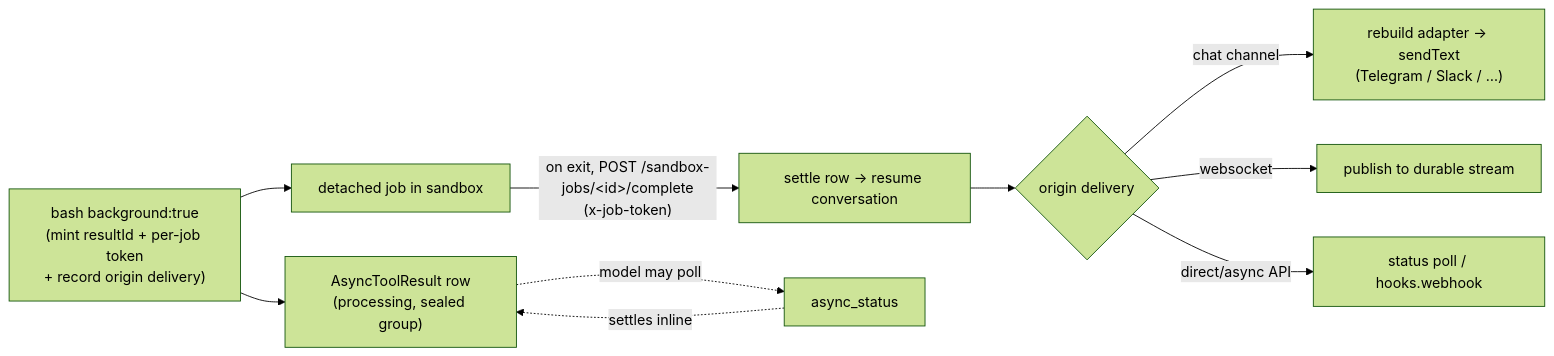
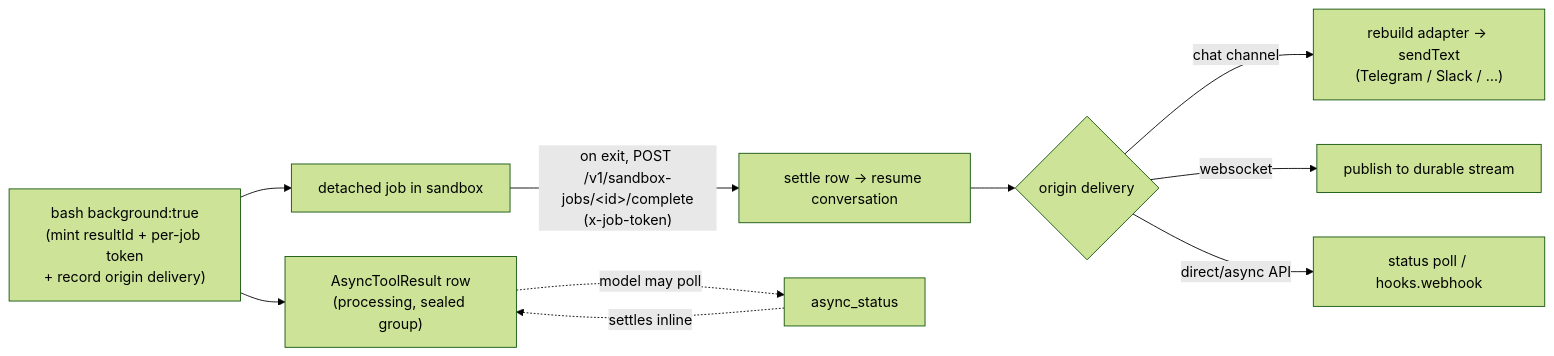
One commit to beeblastco/broods changed the second of 3 diagrams in apps/docs/docs/workspace/sandbox/best-practice.md. Above: the diagram before and after it, drawn with Mermaid (forest theme). The commit also changed other lines of this file and 78 other files, not shown here.

````diff
--- a/apps/docs/docs/workspace/sandbox/best-practice.md
+++ b/apps/docs/docs/workspace/sandbox/best-practice.md
@@ -109,12 +109,12 @@
 ```mermaid
 flowchart LR
   Launch["bash background:true<br/>(mint resultId + per-job token<br/>+ record origin delivery)"] --> Row["AsyncToolResult row<br/>(processing, sealed group)"]
   Launch --> Job["detached job in sandbox"]
-  Job -- "on exit, POST /sandbox-jobs/&lt;id&gt;/complete<br/>(x-job-token)" --> Settle["settle row → resume conversation"]
+  Job -- "on exit, POST /v1/sandbox-jobs/&lt;id&gt;/complete<br/>(x-job-token)" --> Settle["settle row → resume conversation"]
   Settle --> Deliver{"origin delivery"}
   Deliver -- "chat channel" --> Chan["rebuild adapter → sendText<br/>(Telegram / Slack / …)"]
   Deliver -- "websocket" --> WS["publish to durable stream"]
   Deliver -- "direct/async API" --> Poll2["status poll / hooks.webhook"]
   Row -. "model may poll" .-> Poll["async_status"]
   Poll -. "settles inline" .-> Row
 ```
````
